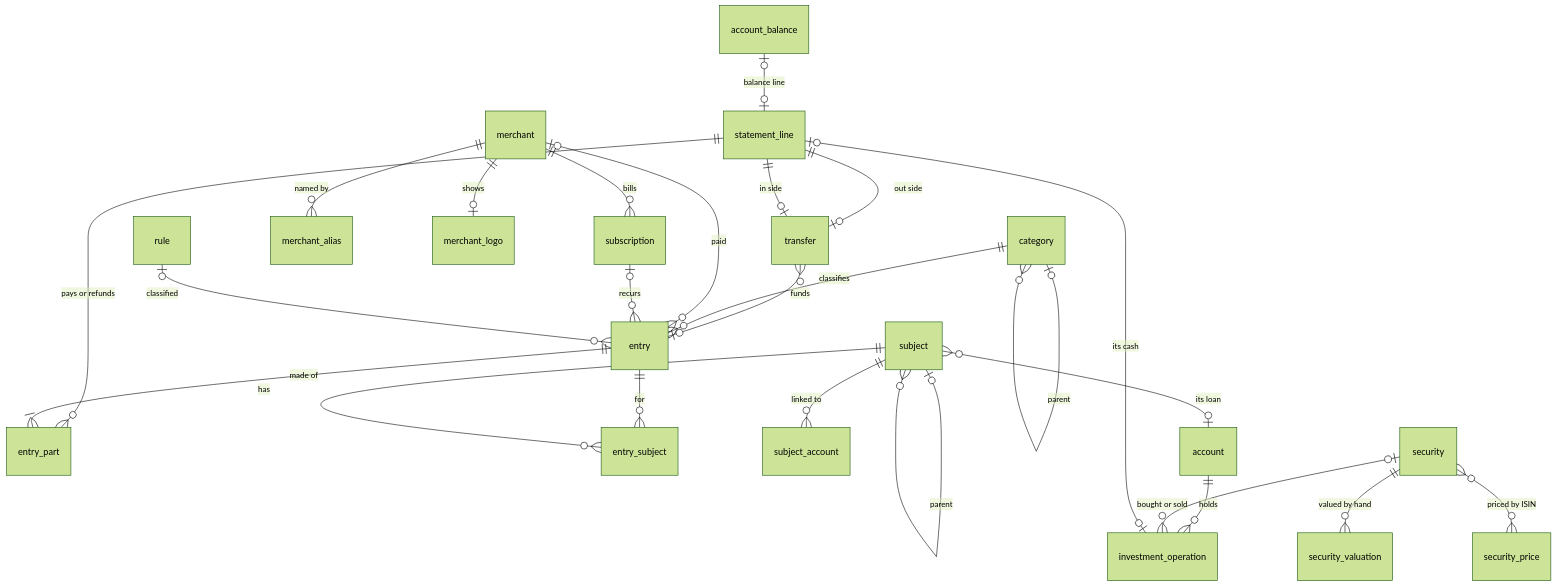
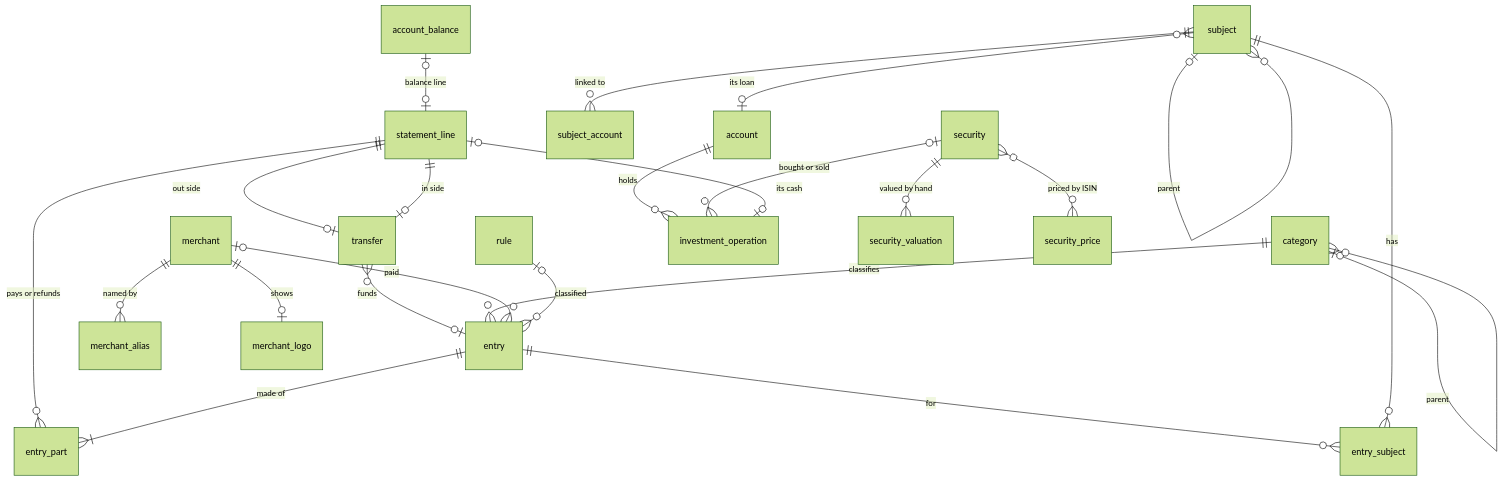
Before and after one commit to KristenJestin/gousset: the second of 2 diagrams in docs/data-model.md, drawn with Mermaid (forest theme). The commit also changed other lines of this file and 3 other files, not shown here.

````diff
--- a/docs/data-model.md
+++ b/docs/data-model.md
@@ -447,27 +448,25 @@
 ```mermaid
 erDiagram
   statement_line ||--o{ entry_part : "pays or refunds"
   entry ||--|{ entry_part : "made of"
   statement_line ||--o| transfer : "out side"
   statement_line ||--o| transfer : "in side"
   transfer }o--o| entry : funds
   account_balance |o--o| statement_line : "balance line"
   category |o--o{ category : parent
   category ||--o{ entry : classifies
   merchant |o--o{ entry : paid
   merchant ||--o{ merchant_alias : "named by"
   merchant ||--o| merchant_logo : shows
-  merchant ||--o{ subscription : bills
-  subscription |o--o{ entry : recurs
   rule |o--o{ entry : classified
   subject |o--o{ subject : parent
   entry ||--o{ entry_subject : "for"
   subject ||--o{ entry_subject : "has"
   subject ||--o{ subject_account : "linked to"
   subject }o--o| account : "its loan"
   account ||--o{ investment_operation : holds
   security |o--o{ investment_operation : "bought or sold"
   statement_line |o--o| investment_operation : "its cash"
   security ||--o{ security_valuation : "valued by hand"
   security }o--o{ security_price : "priced by ISIN"
 ```
````
